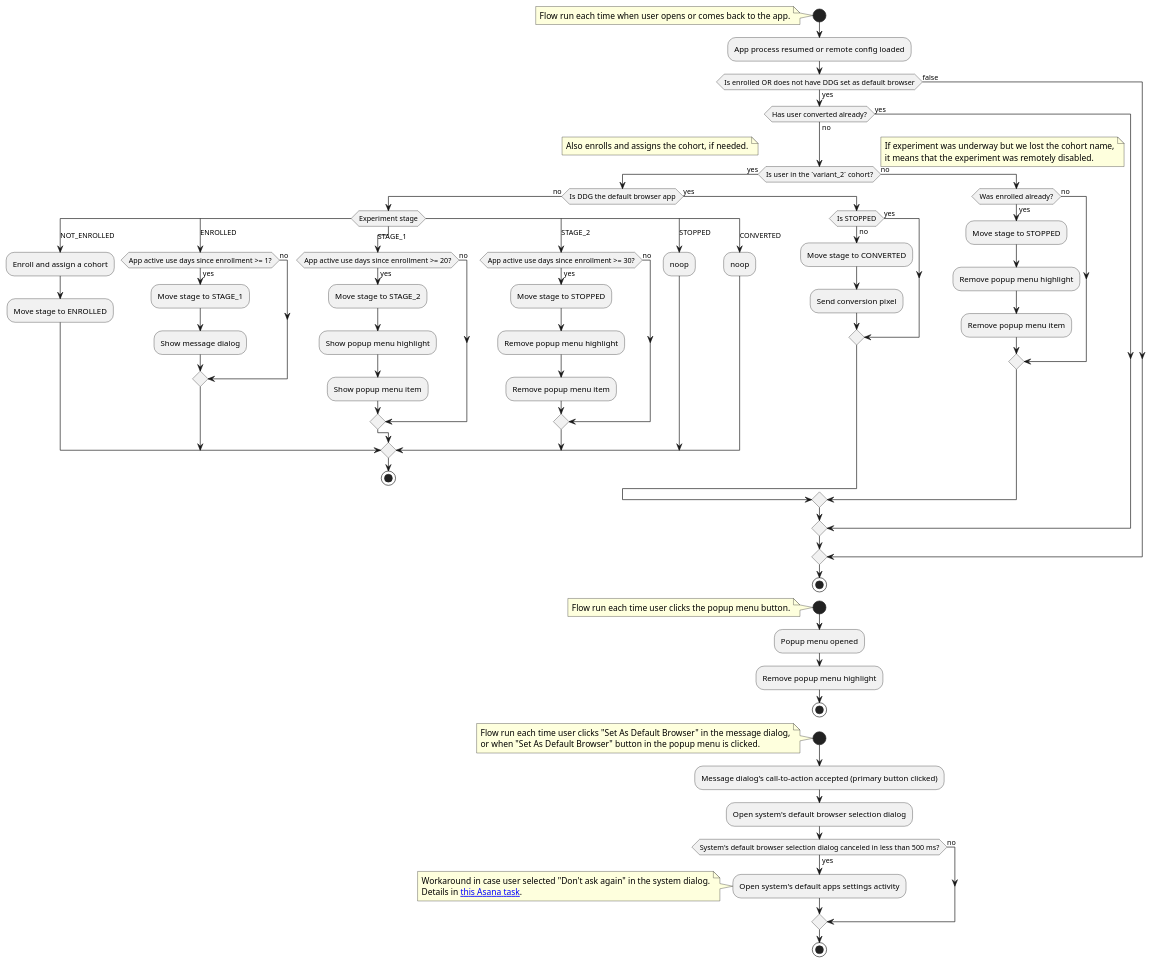
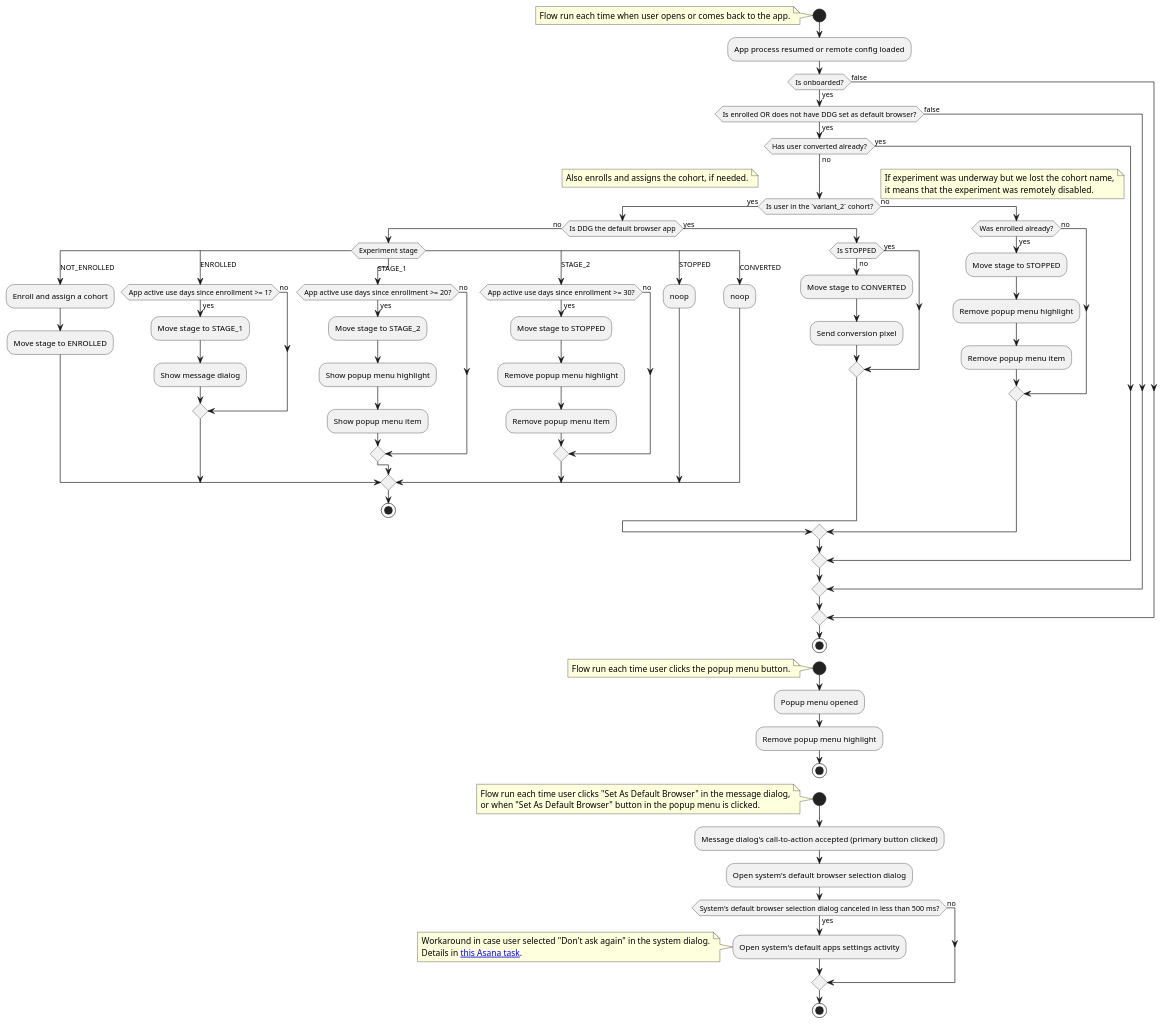
The diagram in app/src/main/java/com/duckduckgo/app/browser/defaultbrowsing/prompts/diagrams/default_browser_prompts_experiment_variant_2_flow_diagram.puml (duckduckgo/Android), drawn with PlantUML before and after one commit. The commit also changed 7 other files, not shown here.

Commit message:
Additional "default browser" prompts: enroll only onboarded users

```diff
--- a/app/src/main/java/com/duckduckgo/app/browser/defaultbrowsing/prompts/diagrams/default_browser_prompts_experiment_variant_2_flow_diagram.puml
+++ b/app/src/main/java/com/duckduckgo/app/browser/defaultbrowsing/prompts/diagrams/default_browser_prompts_experiment_variant_2_flow_diagram.puml
@@ -1,94 +1,97 @@
 @startuml
 start
 note
   Flow run each time when user opens or comes back to the app.
 end note
 :App process resumed or remote config loaded;
-if (Is enrolled OR does not have DDG set as default browser) then (yes)
-  if (Has user converted already?) then (no)
-    if (Is user in the `variant_2` cohort?) then (yes)
-      note
-         Also enrolls and assigns the cohort, if needed.
-      end note
-      if (Is DDG the default browser app) then (no)
-        switch (Experiment stage)
-        case (NOT_ENROLLED)
-          :Enroll and assign a cohort;
-          :Move stage to ENROLLED;
-        case (ENROLLED)
-          if (App active use days since enrollment >= 1?) then (yes)
-            :Move stage to STAGE_1;
-            :Show message dialog;
+if (Is onboarded?) then (yes)
+  if (Is enrolled OR does not have DDG set as default browser?) then (yes)
+    if (Has user converted already?) then (no)
+      if (Is user in the `variant_2` cohort?) then (yes)
+        note
+           Also enrolls and assigns the cohort, if needed.
+        end note
+        if (Is DDG the default browser app) then (no)
+          switch (Experiment stage)
+          case (NOT_ENROLLED)
+            :Enroll and assign a cohort;
+            :Move stage to ENROLLED;
+          case (ENROLLED)
+            if (App active use days since enrollment >= 1?) then (yes)
+              :Move stage to STAGE_1;
+              :Show message dialog;
+            else (no)
+            endif
+          case (STAGE_1)
+            if (App active use days since enrollment >= 20?) then (yes)
+              :Move stage to STAGE_2;
+              :Show popup menu highlight;
+                :Show popup menu item;
+            else (no)
+            endif
+          case (STAGE_2)
+            if (App active use days since enrollment >= 30?) then (yes)
+              :Move stage to STOPPED;
+              :Remove popup menu highlight;
+              :Remove popup menu item;
+            else (no)
+            endif
+          case (STOPPED)
+            :noop;
+          case (CONVERTED)
+            :noop;
+          endswitch
+          stop
+        else (yes)
+          if (Is STOPPED) is (yes) then
           else (no)
+            :Move stage to CONVERTED;
+            :Send conversion pixel;
           endif
-        case (STAGE_1)
-          if (App active use days since enrollment >= 20?) then (yes)
-            :Move stage to STAGE_2;
-            :Show popup menu highlight;
-              :Show popup menu item;
-          else (no)
-          endif
-        case (STAGE_2)
-          if (App active use days since enrollment >= 30?) then (yes)
-            :Move stage to STOPPED;
-            :Remove popup menu highlight;
-            :Remove popup menu item;
-          else (no)
-          endif
-        case (STOPPED)
-          :noop;
-        case (CONVERTED)
-          :noop;
-        endswitch
-        stop
-      else (yes)
-        if (Is STOPPED) is (yes) then
+        endif
+      else (no)
+        note right
+          If experiment was underway but we lost the cohort name,
+          it means that the experiment was remotely disabled.
+        end note
+        if (Was enrolled already?) is (yes) then
+          :Move stage to STOPPED;
+          :Remove popup menu highlight;
+          :Remove popup menu item;
         else (no)
-          :Move stage to CONVERTED;
-          :Send conversion pixel;
         endif
       endif
-    else (no)
-      note right
-        If experiment was underway but we lost the cohort name,
-        it means that the experiment was remotely disabled.
-      end note
-      if (Was enrolled already?) is (yes) then
-        :Move stage to STOPPED;
-        :Remove popup menu highlight;
-        :Remove popup menu item;
-      else (no)
+    else (yes)
       endif
-    endif
-  else (yes)
-    endif
+  else (false)
+  endif
 else (false)
 endif
 stop
 
 start
 note
   Flow run each time user clicks the popup menu button.
 end note
 :Popup menu opened;
 :Remove popup menu highlight;
 stop
 
 start
 note
   Flow run each time user clicks "Set As Default Browser" in the message dialog,
   or when "Set As Default Browser" button in the popup menu is clicked.
 end note
 :Message dialog's call-to-action accepted (primary button clicked);
 :Open system's default browser selection dialog;
 if (System's default browser selection dialog canceled in less than 500 ms?) then (yes)
   :Open system's default apps settings activity;
   note
     Workaround in case user selected "Don't ask again" in the system dialog.
     Details in [[https://app.asana.com/0/0/1208996977455495/f this Asana task]].
   end note
 else (no)
 endif
 stop
 
 @enduml
```
